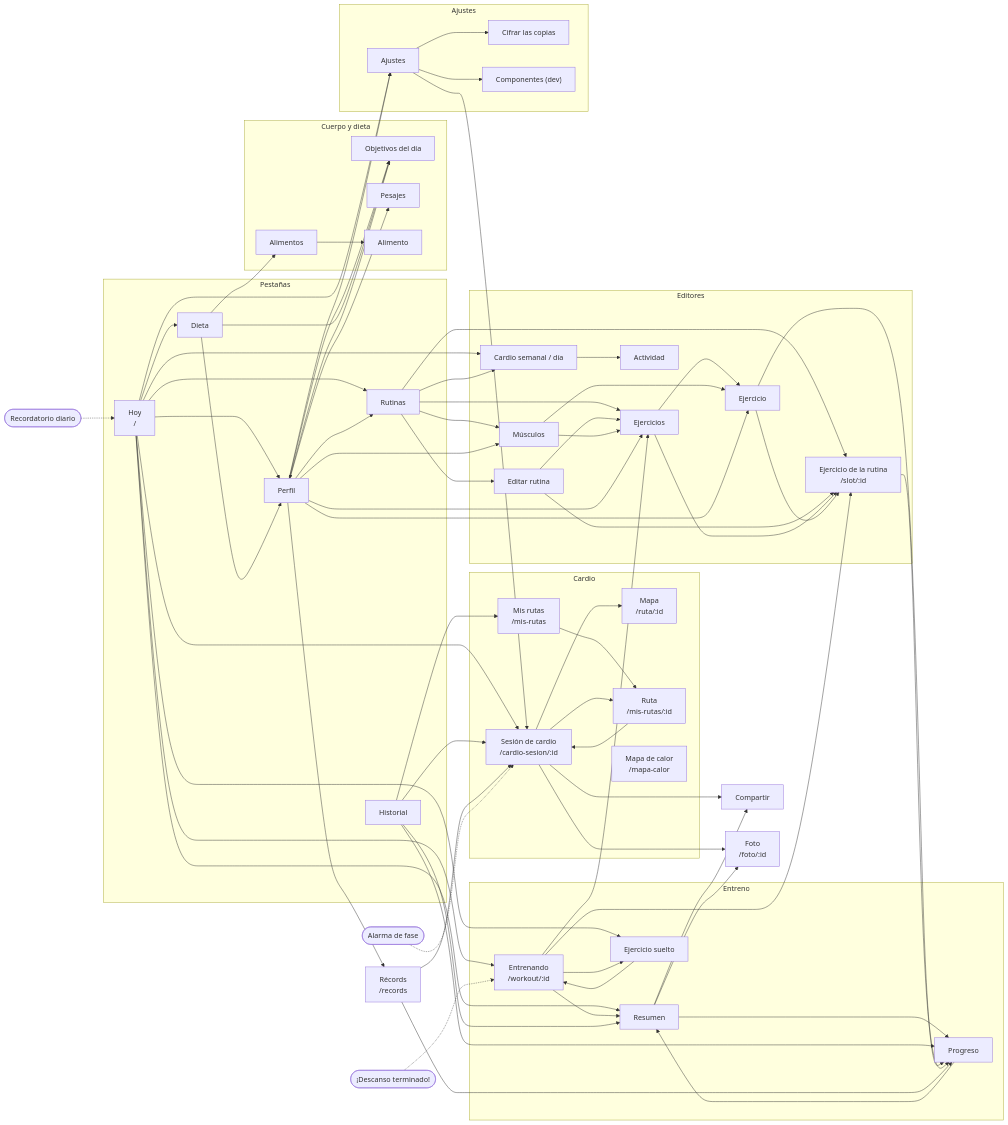
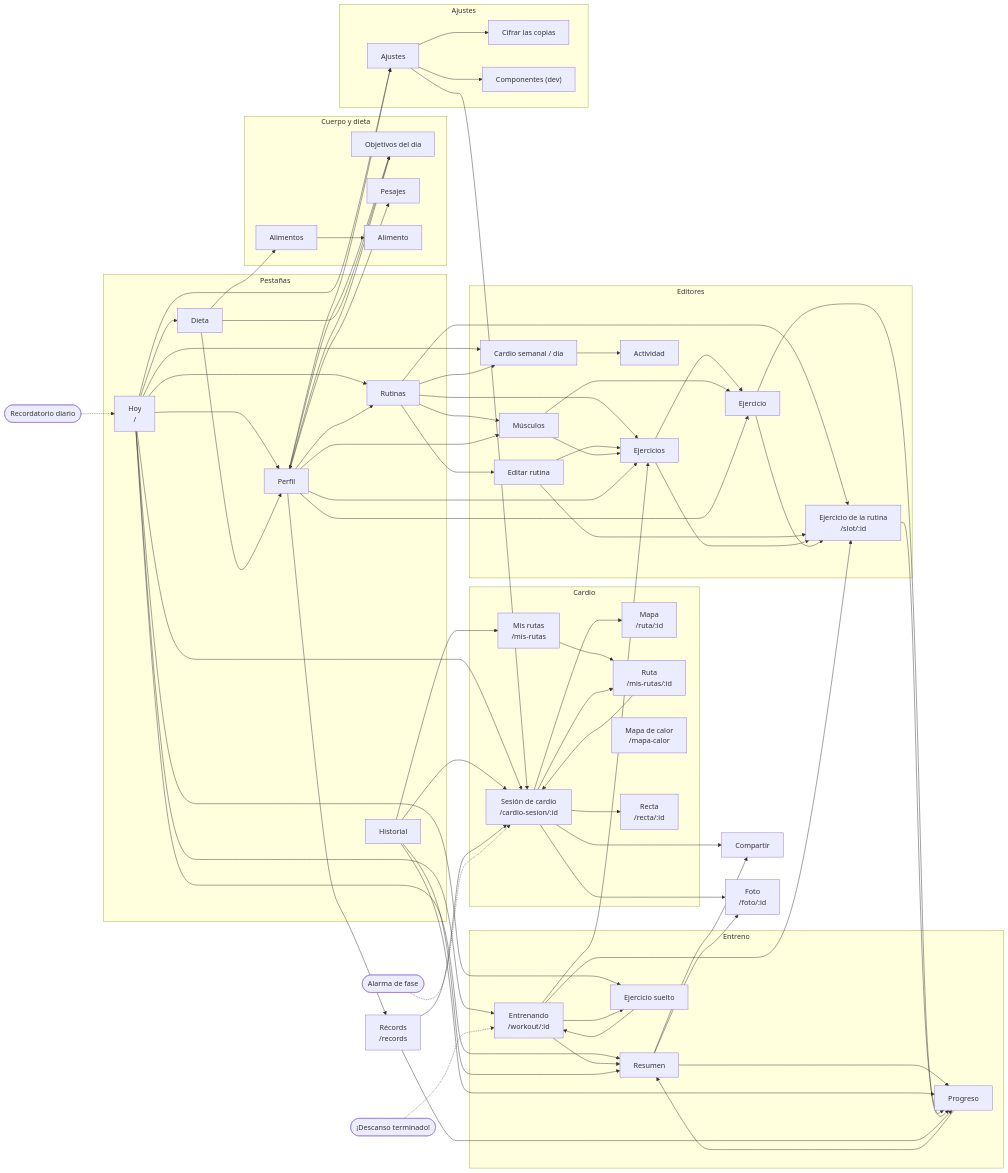
The third of 11 diagrams in ARCHITECTURE.md (fabgs/asistente-entrenamiento), drawn with Mermaid before and after one commit. The commit also changed other lines of this file and 37 other files, not shown here.

```diff
--- a/ARCHITECTURE.md
+++ b/ARCHITECTURE.md
@@ -484,6 +492,7 @@
     MR["Mis rutas<br/>/mis-rutas"]
     RT["Ruta<br/>/mis-rutas/:id"]
     HM["Mapa de calor<br/>/mapa-calor"]
+    RC["Recta<br/>/recta/:id"]
   end
   SHARE["Compartir"]
   FOTO["Foto<br/>/foto/:id"]
@@ -534,6 +543,7 @@
   RT --> CS
   CS --> RT
   CS --> MAP
+  CS --> RC
   CS --> SHARE
   CS --> FOTO
   RUT --> RE
```
